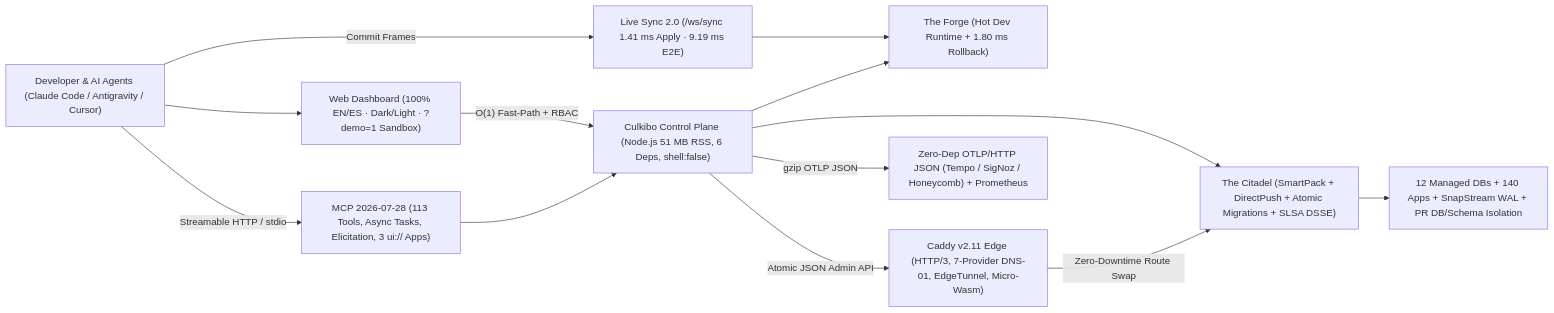
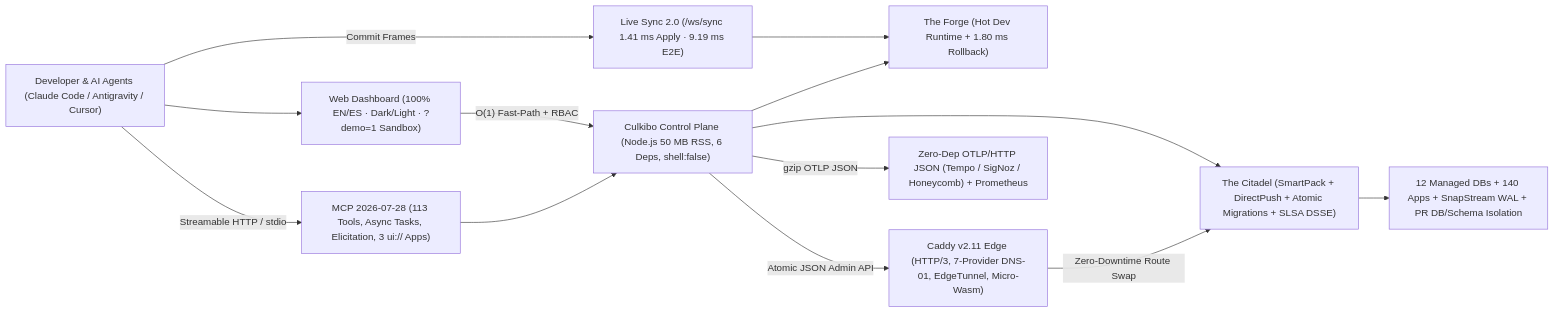
One commit to macaqueboy/culkibo changed the diagram in README.md. Above: the diagram before and after it, drawn with Mermaid. The commit also changed other lines of this file and 13 other files, not shown here.

````diff
--- a/README.md
+++ b/README.md
@@ -177,26 +178,26 @@
 ```mermaid
 flowchart LR
     Dev["Developer & AI Agents (Claude Code / Antigravity / Cursor)"]
     UI["Web Dashboard (100% EN/ES · Dark/Light · ?demo=1 Sandbox)"]
     MCP["MCP 2026-07-28 (113 Tools, Async Tasks, Elicitation, 3 ui:// Apps)"]
     Sync["Live Sync 2.0 (/ws/sync 1.41 ms Apply · 9.19 ms E2E)"]
-    CP["Culkibo Control Plane (Node.js 51 MB RSS, 6 Deps, shell:false)"]
+    CP["Culkibo Control Plane (Node.js 50 MB RSS, 6 Deps, shell:false)"]
     Forge["The Forge (Hot Dev Runtime + 1.80 ms Rollback)"]
     Citadel["The Citadel (SmartPack + DirectPush + Atomic Migrations + SLSA DSSE)"]
     Caddy["Caddy v2.11 Edge (HTTP/3, 7-Provider DNS-01, EdgeTunnel, Micro-Wasm)"]
     Obs["Zero-Dep OTLP/HTTP JSON (Tempo / SigNoz / Honeycomb) + Prometheus"]
     Data["12 Managed DBs + 140 Apps + SnapStream WAL + PR DB/Schema Isolation"]
 
     Dev -->|"Streamable HTTP / stdio"| MCP
     Dev -->|"Commit Frames"| Sync
     Dev --> UI
     UI -->|"O(1) Fast-Path + RBAC"| CP
     MCP --> CP
     Sync --> Forge
     CP --> Forge
     CP --> Citadel
     CP -->|"Atomic JSON Admin API"| Caddy
     CP -->|"gzip OTLP JSON"| Obs
     Citadel --> Data
     Caddy -->|"Zero-Downtime Route Swap"| Citadel
 ```
````
